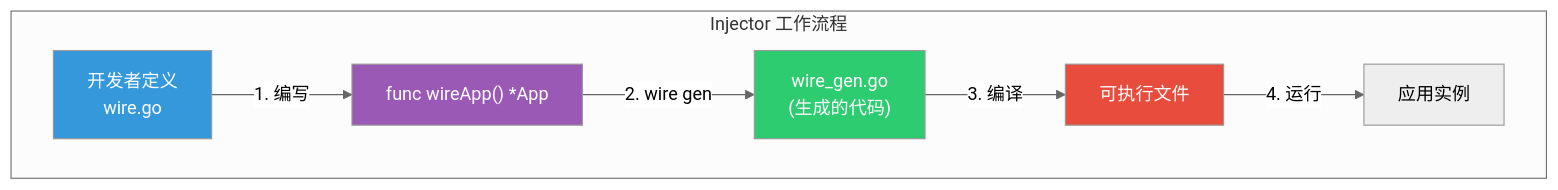
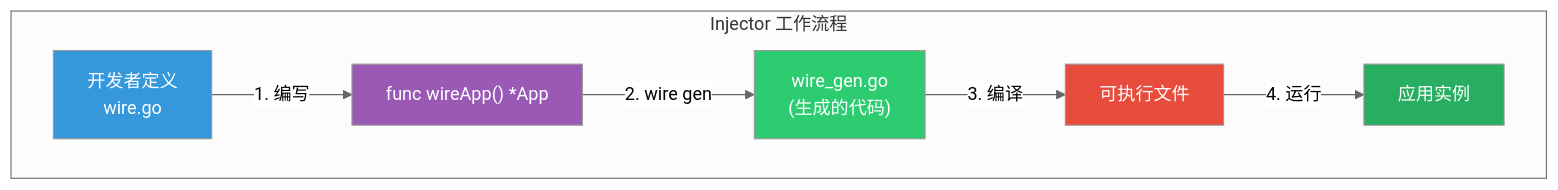
The fourth of 24 diagrams in docs/WIRE_DEPENDENCY_INJECTION.md (bionicotaku/lingo-services-catalog), drawn with Mermaid (neutral theme) before and after one commit. The commit also changed other lines of this file and 10 other files, not shown here.

````diff
--- a/docs/WIRE_DEPENDENCY_INJECTION.md
+++ b/docs/WIRE_DEPENDENCY_INJECTION.md
@@ -205,14 +205,15 @@
 ```mermaid
 graph TB
     subgraph Injector_Flow["Injector 工作流程"]
         User["开发者定义<br/>wire.go"] -->|1. 编写| Injector["func wireApp() *App"]
         Injector -->|2. wire gen| Generated["wire_gen.go<br/>(生成的代码)"]
         Generated -->|3. 编译| Binary["可执行文件"]
         Binary -->|4. 运行| App["应用实例"]
     end
 
     style User fill:#3498db,color:#fff
     style Injector fill:#9b59b6,color:#fff
     style Generated fill:#2ecc71,color:#fff
     style Binary fill:#e74c3c,color:#fff
+    style App fill:#27ae60,color:#fff
 ```
````
